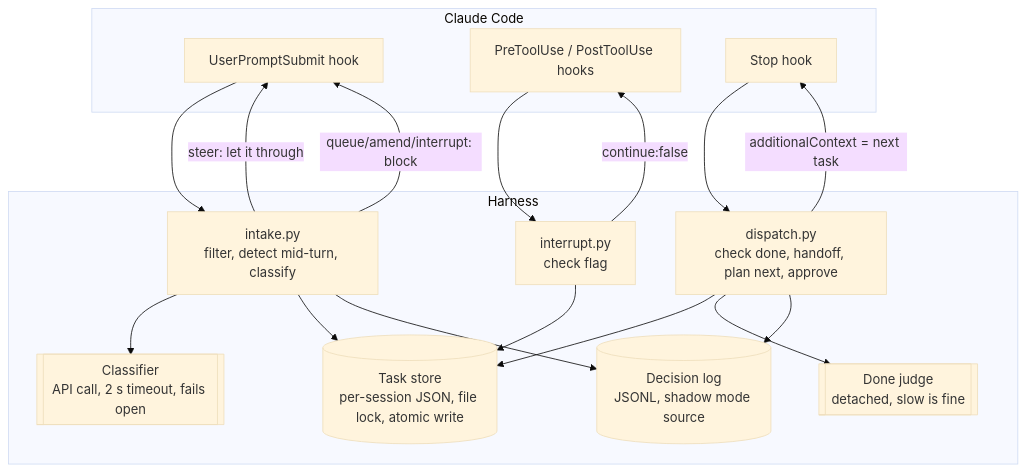
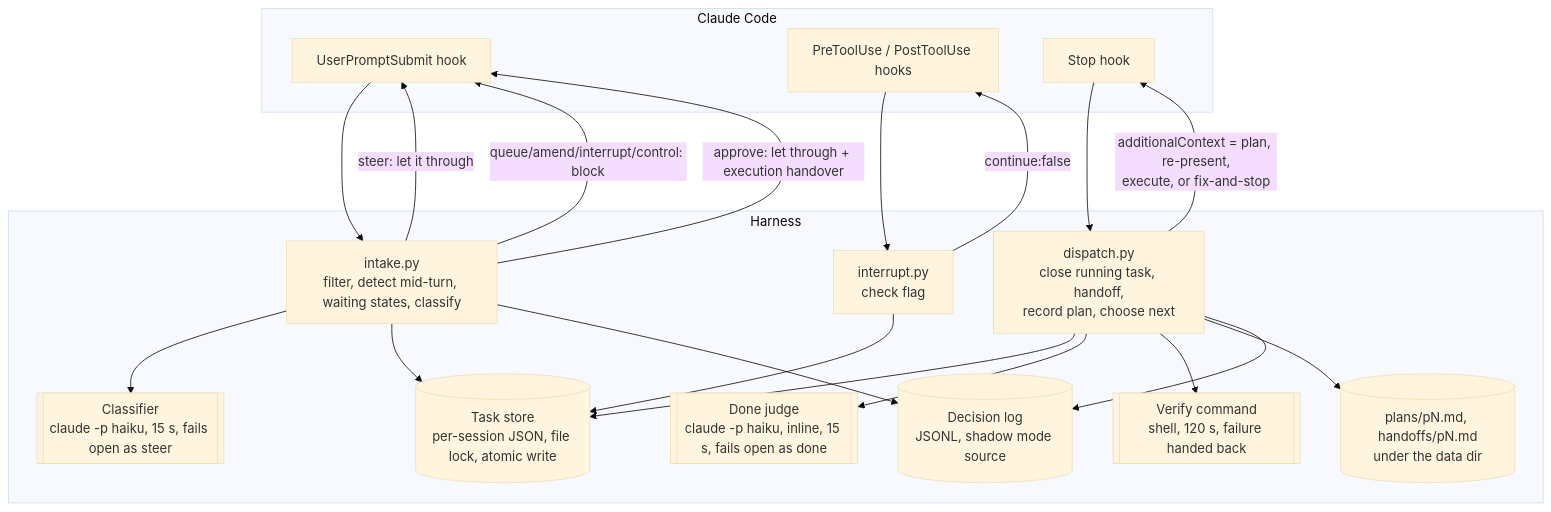
The second of 12 diagrams in docs/flows.md (0xEl1yahu/queue-switchclaude), drawn with Mermaid (base theme) before and after one commit. The commit also changed other lines of this file and 2 other files, not shown here.

Commit message:
docs: plan flow in the spec, diagrams and README

````diff
--- a/docs/flows.md
+++ b/docs/flows.md
@@ -31,33 +39,38 @@
 ```mermaid
 flowchart TB
     subgraph CC[Claude Code]
         UPS[UserPromptSubmit hook]
         PTU[PreToolUse / PostToolUse hooks]
         STP[Stop hook]
     end
 
     subgraph H[Harness]
-        INTAKE[intake.py<br/>filter, detect mid-turn, classify]
+        INTAKE[intake.py<br/>filter, detect mid-turn, waiting states, classify]
         INTR[interrupt.py<br/>check flag]
-        DISP[dispatch.py<br/>check done, handoff, plan next, approve]
-        CLS[[Classifier<br/>API call, 2 s timeout, fails open]]
-        JUDGE[[Done judge<br/>detached, slow is fine]]
+        DISP[dispatch.py<br/>close running task, handoff,<br/>record plan, choose next]
+        CLS[[Classifier<br/>claude -p haiku, 15 s, fails open as steer]]
+        JUDGE[[Done judge<br/>claude -p haiku, inline, 15 s, fails open as done]]
+        VERIFY[[Verify command<br/>shell, 120 s, failure handed back]]
         STORE[(Task store<br/>per-session JSON, file lock, atomic write)]
+        FILES[(plans/pN.md, handoffs/pN.md<br/>under the data dir)]
         LOG[(Decision log<br/>JSONL, shadow mode source)]
     end
 
     UPS --> INTAKE
     PTU --> INTR
     STP --> DISP
     INTAKE --> CLS
     INTAKE --> STORE
     INTAKE --> LOG
     INTR --> STORE
     DISP --> STORE
     DISP --> JUDGE
+    DISP --> VERIFY
+    DISP --> FILES
     DISP --> LOG
     INTAKE -- "steer: let it through" --> UPS
-    INTAKE -- "queue/amend/interrupt: block" --> UPS
+    INTAKE -- "queue/amend/interrupt/control: block" --> UPS
+    INTAKE -- "approve: let through + execution handover" --> UPS
     INTR -- "continue:false" --> PTU
-    DISP -- "additionalContext = next task" --> STP
+    DISP -- "additionalContext = plan, re-present,<br/>execute, or fix-and-stop" --> STP
 ```
````
